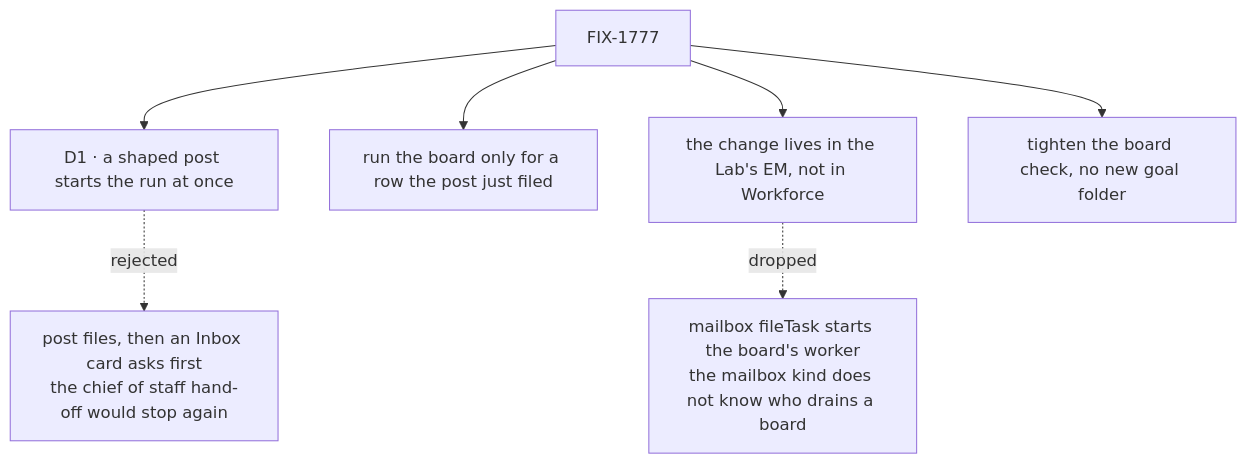
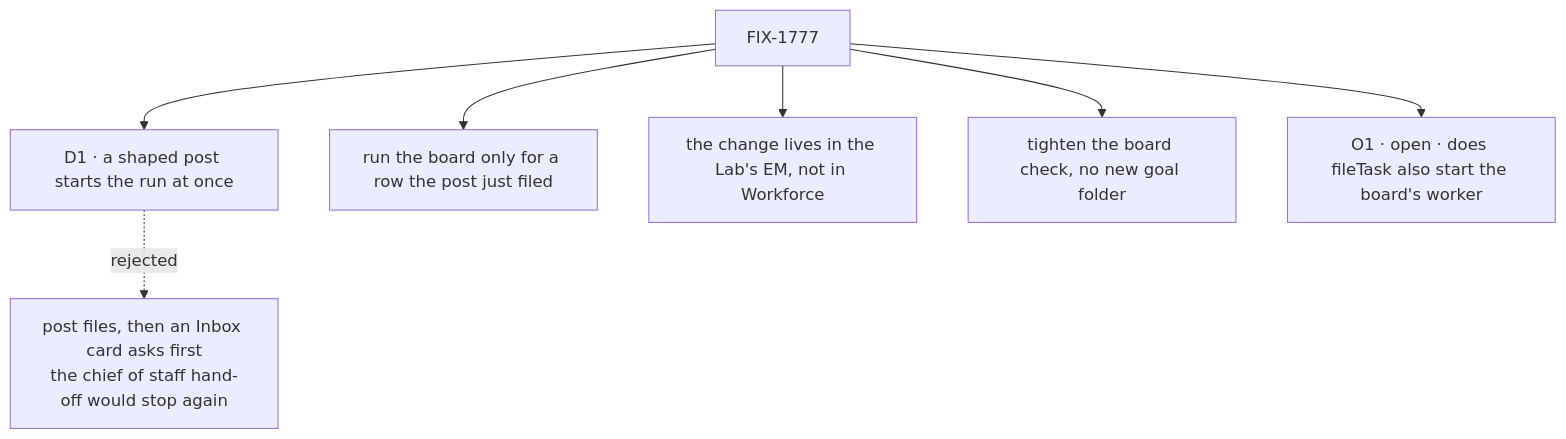
The diagram in specs/issues/FIX-1777/DECISIONS.md (fixpoint-labs/flow-state-dev), drawn with Mermaid before and after one commit. The commit also changed other lines of this file and 3 other files, not shown here.

First line of the commit message:
spec(FIX-1777): hold the fileTask question open for Jake (O1)

````diff
--- a/specs/issues/FIX-1777/DECISIONS.md
+++ b/specs/issues/FIX-1777/DECISIONS.md
@@ -10,9 +10,9 @@
 ```mermaid
 flowchart TD
   I["FIX-1777"] --> D1["D1 · a shaped post starts the run at once"]
   D1 -.->|"rejected"| X1["post files, then an Inbox card asks first<br/>the chief of staff hand-off would stop again"]
   I --> E1["run the board only for a row the post just filed"]
   I --> E2["the change lives in the Lab's EM, not in Workforce"]
   I --> E3["tighten the board check, no new goal folder"]
-  E2 -.->|"dropped"| X2["mailbox fileTask starts the board's worker<br/>the mailbox kind does not know who drains a board"]
+  I --> O1["O1 · open · does fileTask also start the board's worker"]
 ```
````
